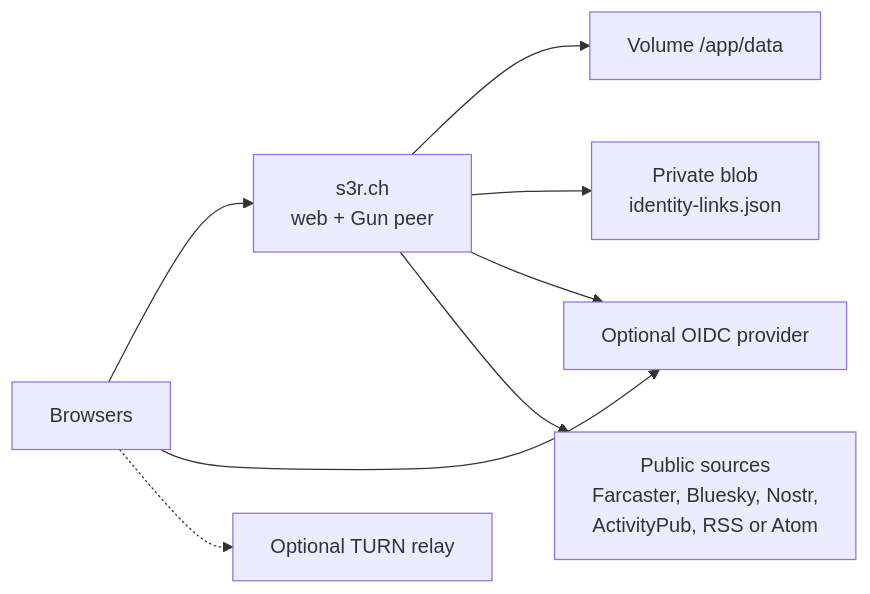
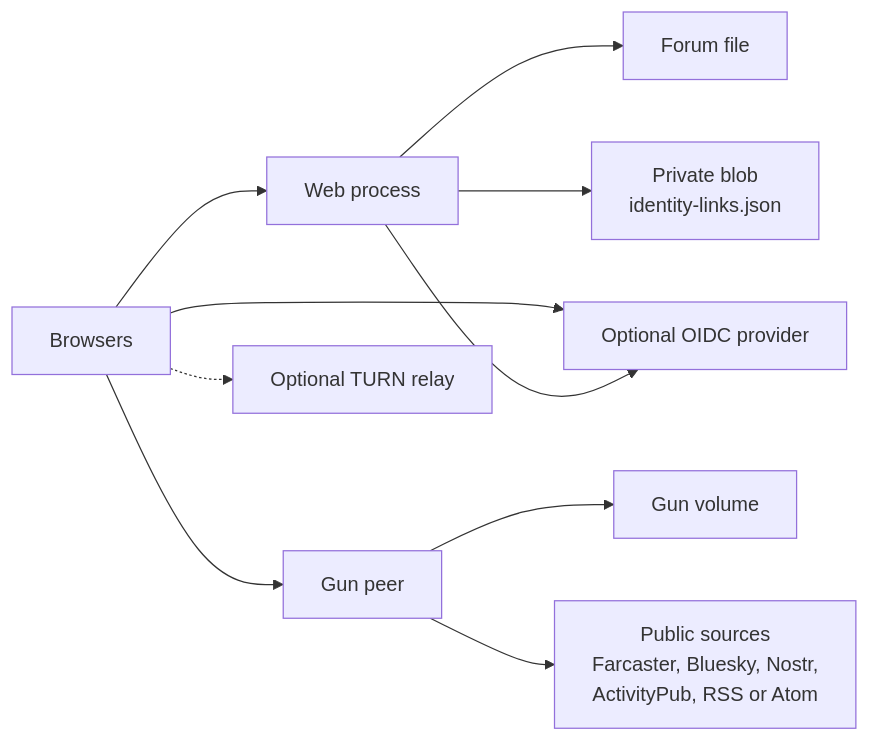
One commit to FyberLabs/s3r.ch changed the second of 3 diagrams in docs/deployment.md. Above: the diagram before and after it, drawn with Mermaid. The commit also changed other lines of this file and 7 other files, not shown here.

````diff
--- a/docs/deployment.md
+++ b/docs/deployment.md
@@ -74,17 +94,21 @@
 ```mermaid
 flowchart LR
   browser[Browsers]
-  app["s3r.ch<br/>web + Gun peer"]
-  disk["Volume /app/data"]
+  web[Web process]
+  peer[Gun peer]
+  forumDisk[Forum file]
+  gunDisk[Gun volume]
   blob["Private blob<br/>identity-links.json"]
   idp[Optional OIDC provider]
   turn[Optional TURN relay]
   nets["Public sources<br/>Farcaster, Bluesky, Nostr,<br/>ActivityPub, RSS or Atom"]
-  browser --> app
-  app --> disk
-  app --> blob
+  browser --> web
+  browser --> peer
+  web --> forumDisk
+  web --> blob
+  peer --> gunDisk
+  peer --> nets
   browser --> idp
-  app --> idp
+  web --> idp
   browser -.-> turn
-  app --> nets
 ```
````
